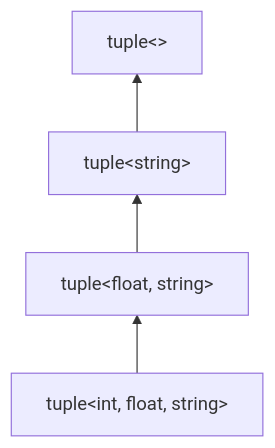
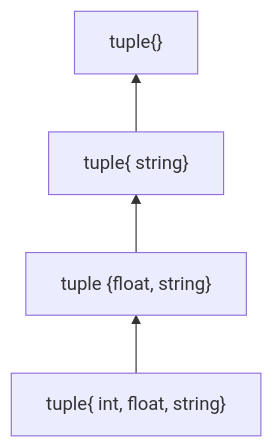
Before and after one commit to che77a38/che77a38.github.io: the diagram in source/_posts/C++11.md, drawn with Mermaid. The commit also changed other lines of this file and 1317 other files, not shown here.

Commit message:
add mermaid & gitalk & Word count... support

````diff
--- a/source/_posts/C++11.md
+++ b/source/_posts/C++11.md
@@ -132,6 +133,6 @@
 ```mermaid
 graph BT
-    tuple1["tuple&lt;int, float, string&gt;"] --> tuple2["tuple&lt;float, string&gt;"]
-    tuple2 --> tuple3["tuple&lt;string&gt;"]
-    tuple3 --> tuple4["tuple&lt;&gt;"]
+    tuple1["tuple{ int, float, string}"] --> tuple2["tuple {float, string}"]
+    tuple2 --> tuple3["tuple{ string}"]
+    tuple3 --> tuple4["tuple{}"]
 ```
````
